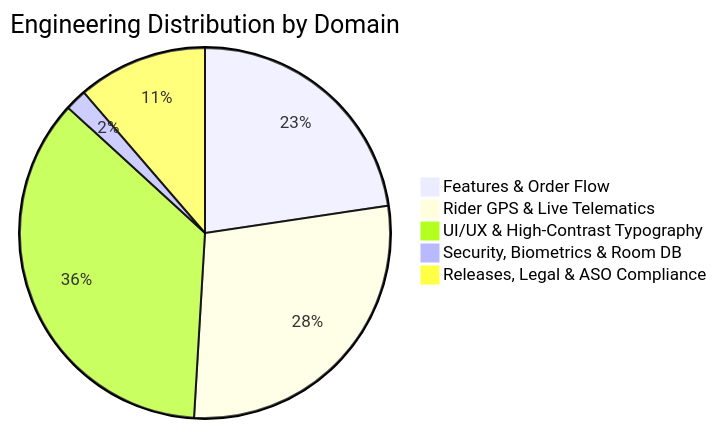
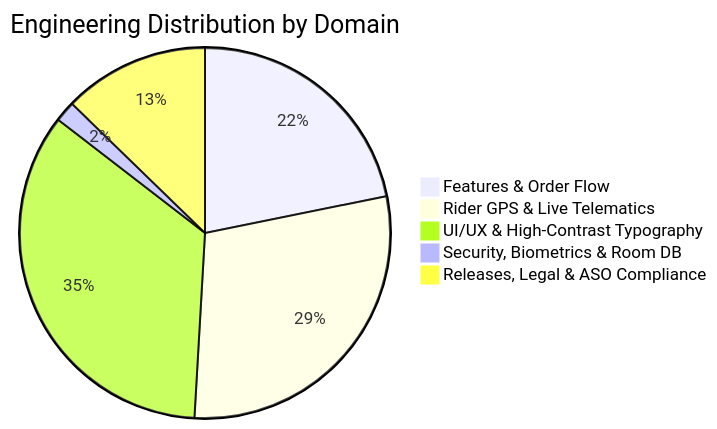
One commit to daniyal44/Zyphuel-App changed the second of 2 diagrams in README.md. Above: the diagram before and after it, drawn with Mermaid. The commit also changed other lines of this file, not shown here.

Commit message:
chore(dashboard): auto-update code-based engineering velocity graph [skip ci]

````diff
--- a/README.md
+++ b/README.md
@@ -60,8 +60,8 @@
 ```mermaid
 pie title Engineering Distribution by Domain
     "Features & Order Flow" : 12
-    "Rider GPS & Live Telematics" : 15
+    "Rider GPS & Live Telematics" : 16
     "UI/UX & High-Contrast Typography" : 19
     "Security, Biometrics & Room DB" : 1
-    "Releases, Legal & ASO Compliance" : 6
+    "Releases, Legal & ASO Compliance" : 7
 ```
````
